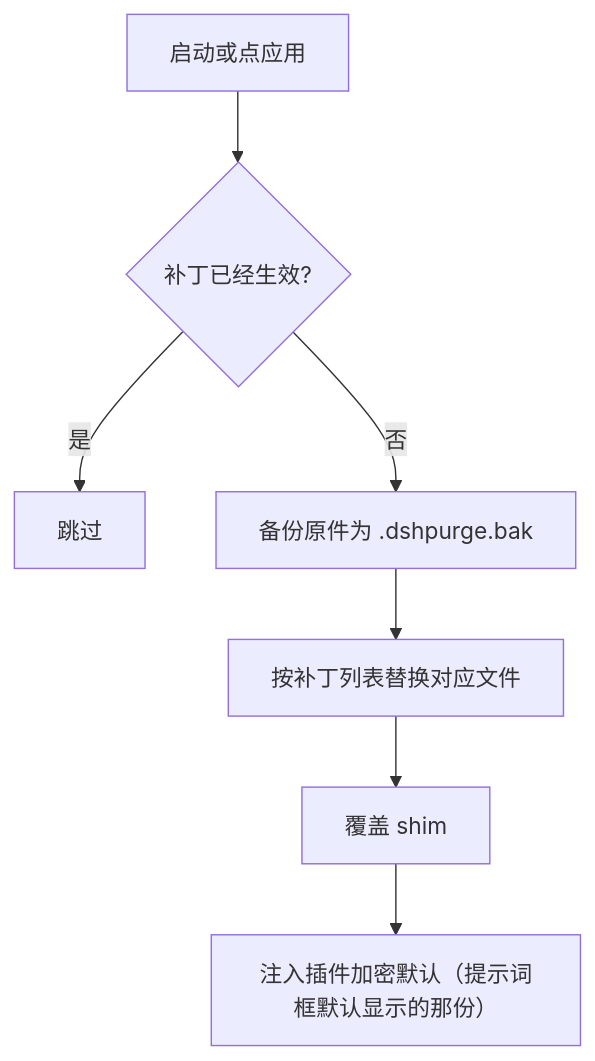
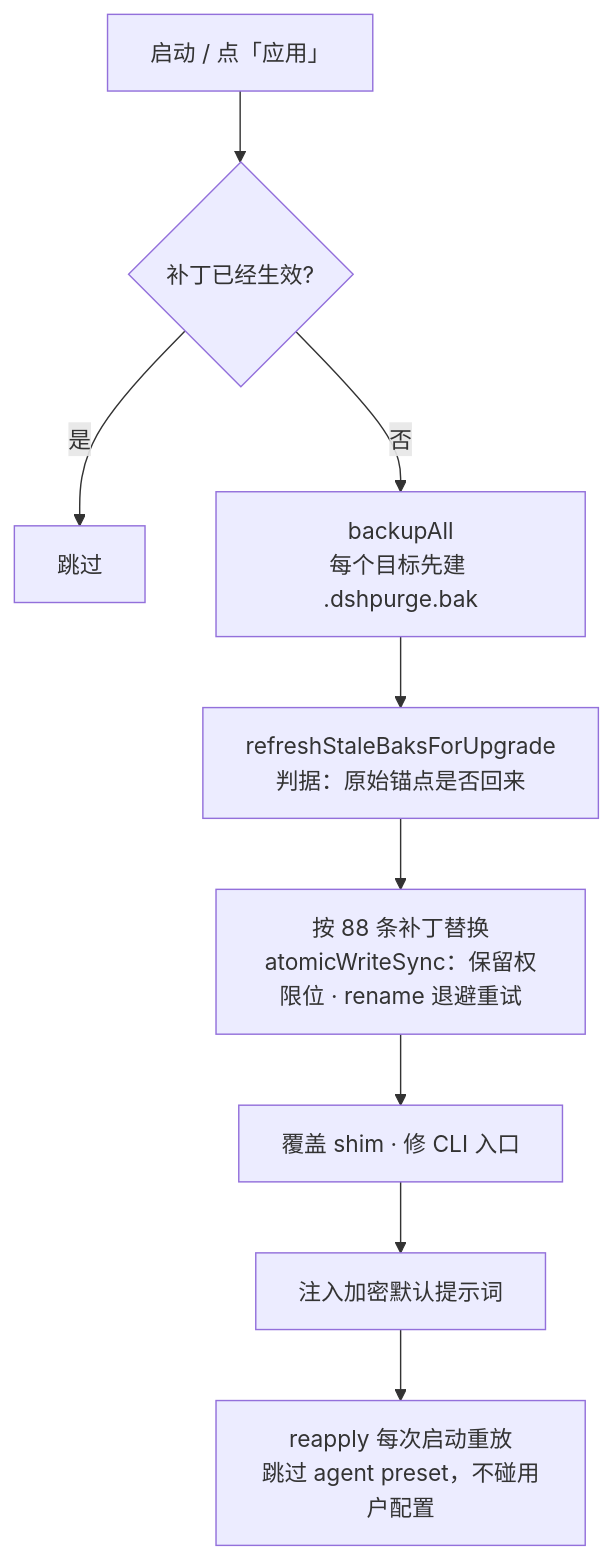
Before and after one commit to L1daye/dsh-purge-nolimit: the second of 3 diagrams in README.zh-CN.md, drawn with Mermaid. The commit also changed other lines of this file and 2 other files, not shown here.

````diff
--- a/README.zh-CN.md
+++ b/README.zh-CN.md
@@ -481,9 +515,11 @@
 ```mermaid
 flowchart TD
-  A["启动或点应用"] --> B{"补丁已经生效?"}
+  A["启动 / 点「应用」"] --> B{"补丁已经生效?"}
   B -->|是| C["跳过"]
-  B -->|否| D["备份原件为 .dshpurge.bak"]
-  D --> E["按补丁列表替换对应文件"]
-  E --> F["覆盖 shim"]
-  F --> G["注入插件加密默认（提示词框默认显示的那份）"]
+  B -->|否| D["backupAll<br/>每个目标先建 .dshpurge.bak"]
+  D --> E["refreshStaleBaksForUpgrade<br/>判据：原始锚点是否回来"]
+  E --> F["按 88 条补丁替换<br/>atomicWriteSync：保留权限位 · rename 退避重试"]
+  F --> G["覆盖 shim · 修 CLI 入口"]
+  G --> H["注入加密默认提示词"]
+  H --> I["reapply 每次启动重放<br/>跳过 agent preset，不碰用户配置"]
 ```
````
